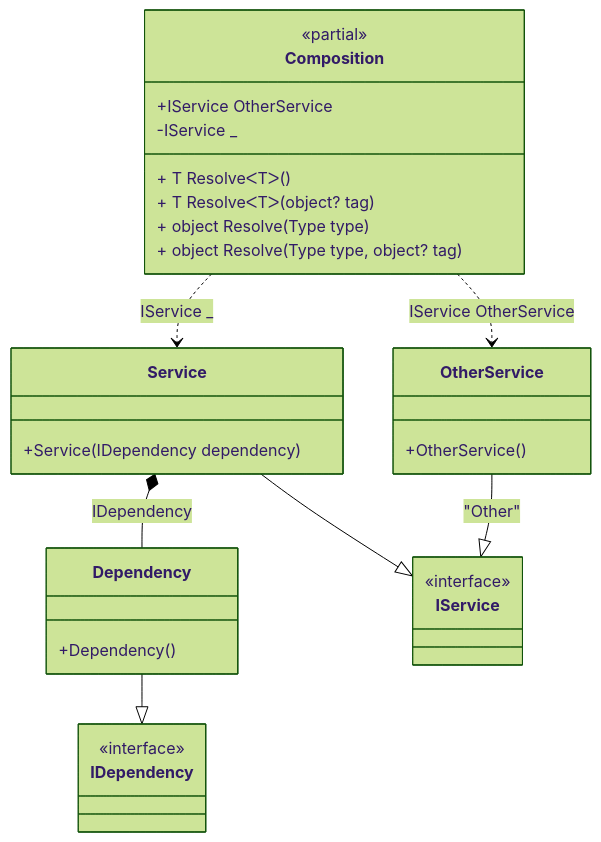
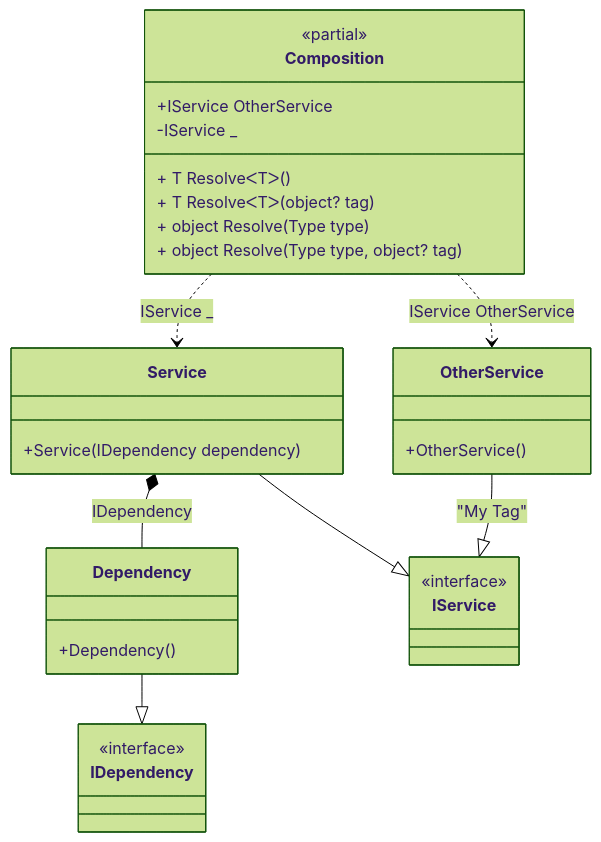
The diagram in readme/resolve-methods.md (DevTeam/Pure.DI), drawn with Mermaid (forest theme) before and after one commit. The commit also changed other lines of this file and 14 other files, not shown here.

````diff
--- a/readme/resolve-methods.md
+++ b/readme/resolve-methods.md
@@ -202,33 +202,33 @@
 ```mermaid
 classDiagram
 	class Composition {
 		<<partial>>
 		+IService OtherService
 		-IService _
 		+ T ResolveᐸTᐳ()
 		+ T ResolveᐸTᐳ(object? tag)
 		+ object Resolve(Type type)
 		+ object Resolve(Type type, object? tag)
 	}
 	Dependency --|> IDependency
 	class Dependency {
 		+Dependency()
 	}
 	Service --|> IService
 	class Service {
 		+Service(IDependency dependency)
 	}
-	OtherService --|> IService : "Other" 
+	OtherService --|> IService : "My Tag" 
 	class OtherService {
 		+OtherService()
 	}
 	class IDependency {
 		<<interface>>
 	}
 	class IService {
 		<<interface>>
 	}
 	Service *--  Dependency : IDependency
 	Composition ..> Service : IService _
 	Composition ..> OtherService : IService OtherService
 ```
````
